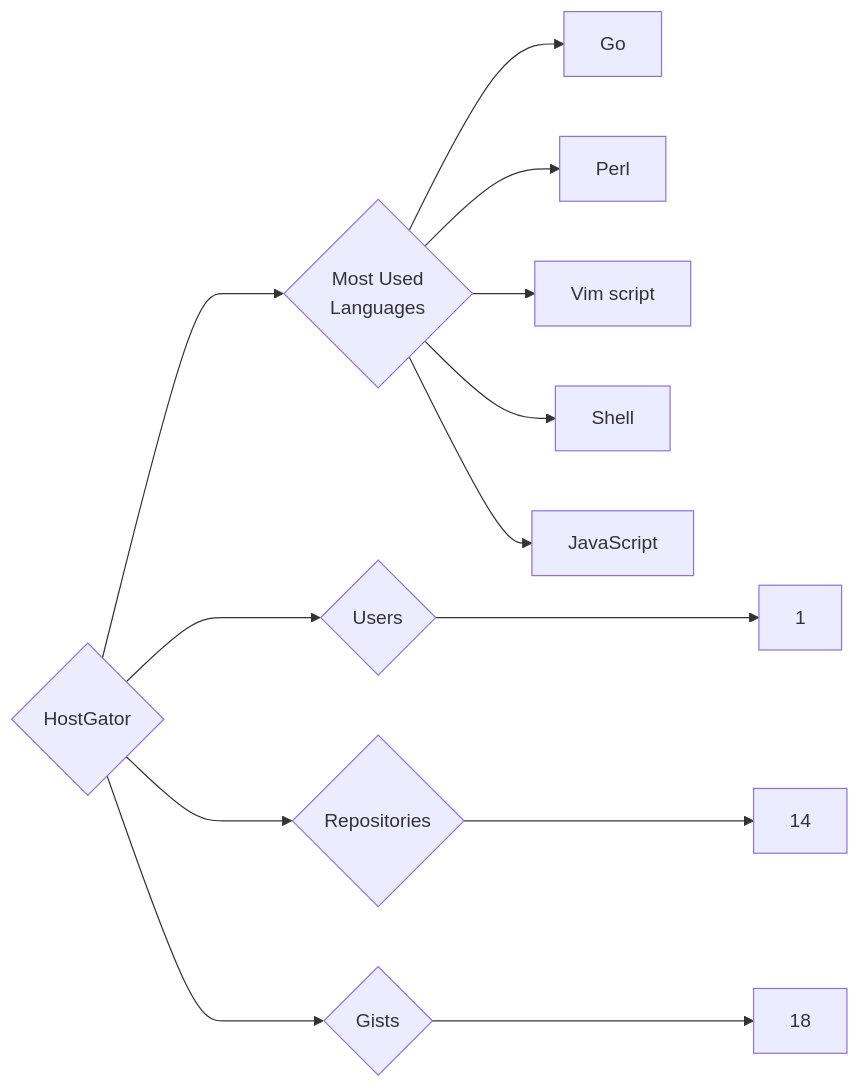
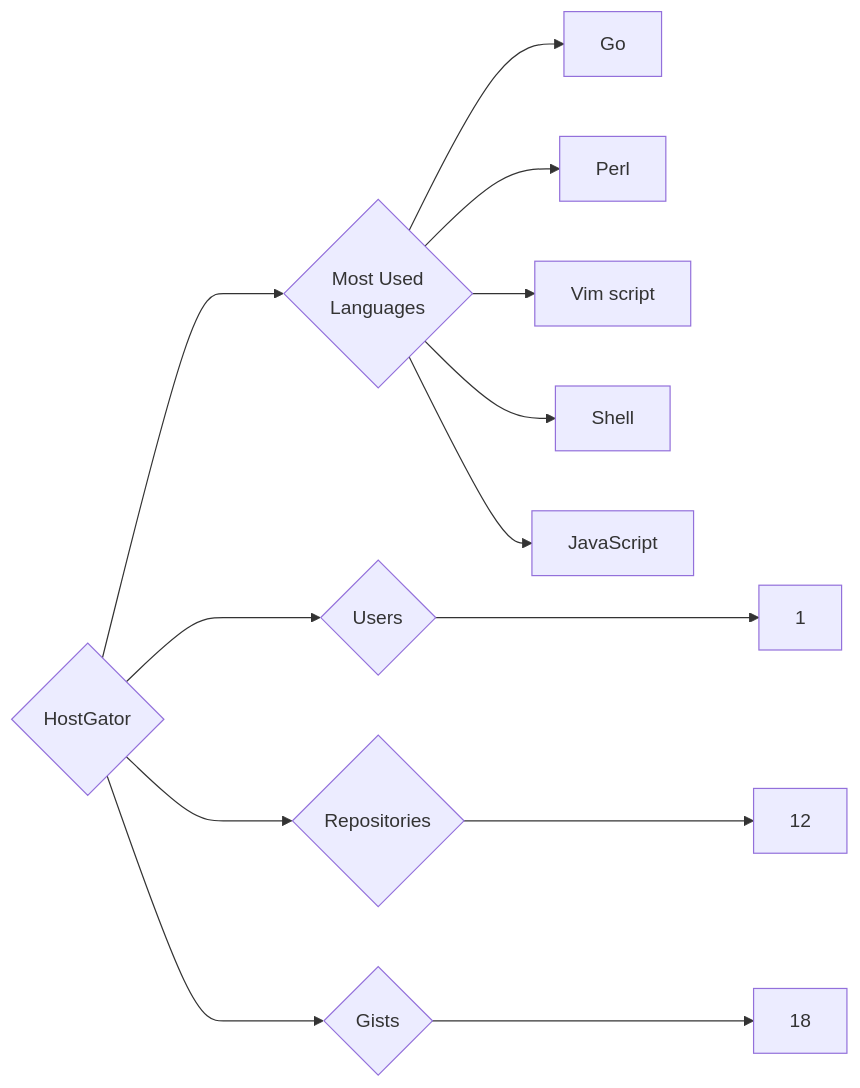
One commit to trickest/insiders changed the diagram in targets/HostGator/README.md. Above: the diagram before and after it, drawn with Mermaid. The commit also changed 611 other files, not shown here.

````diff
--- a/targets/HostGator/README.md
+++ b/targets/HostGator/README.md
@@ -3,13 +3,13 @@
 ```mermaid
 graph LR
 COMPANY_NAME{HostGator}
 COMPANY_NAME ---> U{Users} ---> UN[1]
-COMPANY_NAME ---> R{Repositories} ---> RN[14]
+COMPANY_NAME ---> R{Repositories} ---> RN[12]
 COMPANY_NAME ---> G{Gists} ---> GN[18]
 COMPANY_NAME ---> ML{Most Used<br>Languages}
 ML --> Go[Go]
 ML --> Perl[Perl]
 ML --> Vim_script[Vim script]
 ML --> Shell[Shell]
 ML --> JavaScript[JavaScript]
 ```
````
